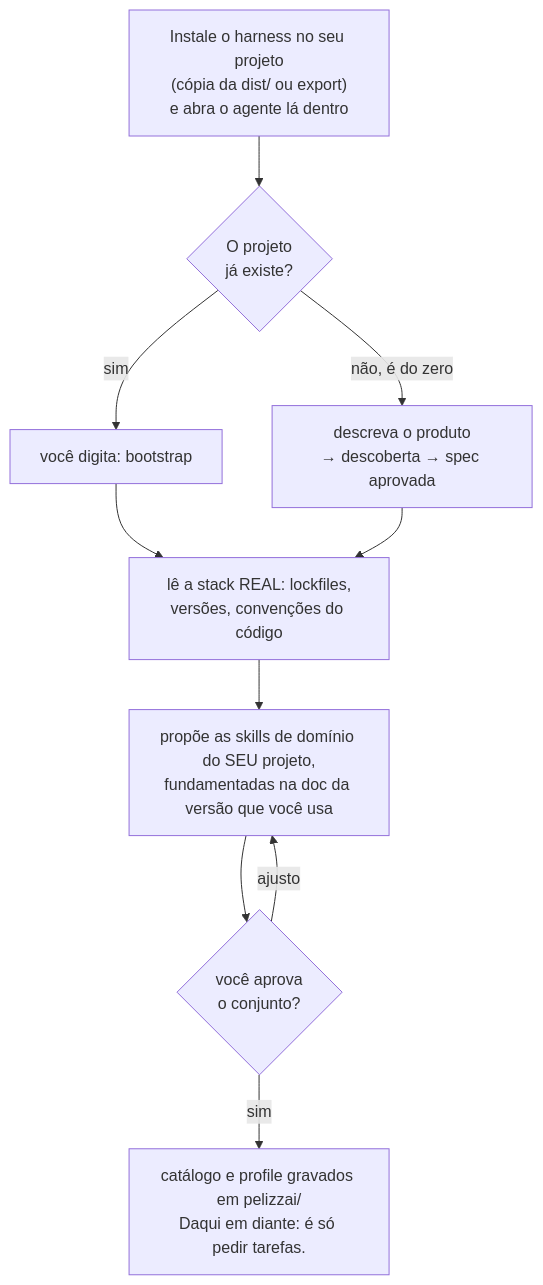
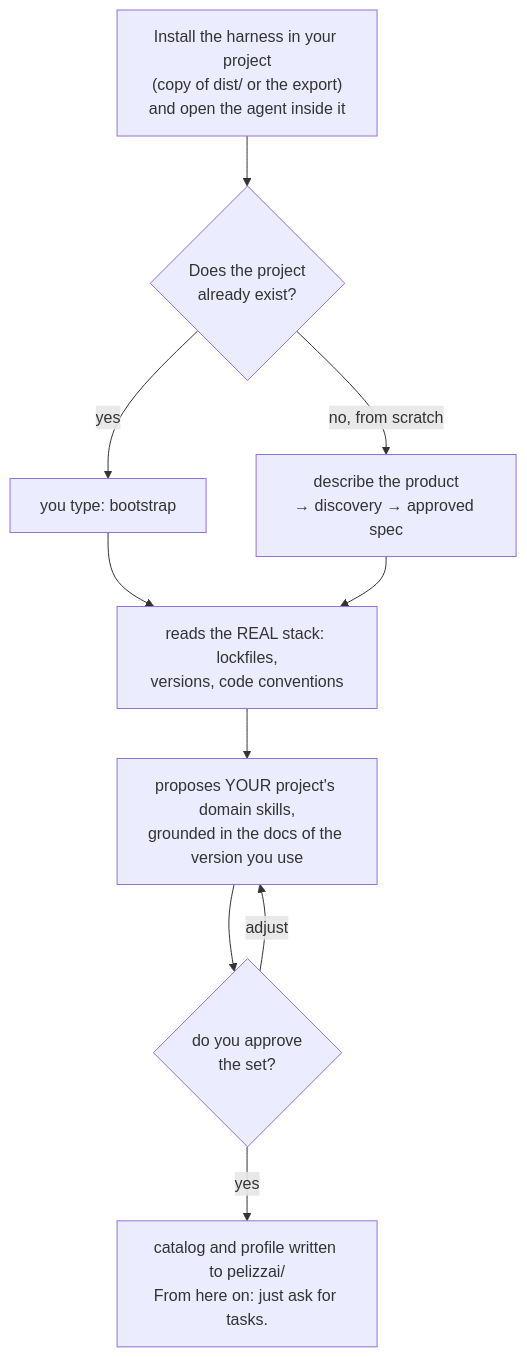
One commit to rpelizza/PelizzAI changed the first of 8 diagrams in README.md. Above: the diagram before and after it, drawn with Mermaid. The commit also changed other lines of this file and 362 other files, not shown here.

First line of the commit message:
feat(harness): translate PelizzAI to English and port noetron-design into pelizzai-frontend

````diff
--- a/README.md
+++ b/README.md
@@ -25,12 +25,12 @@
 ```mermaid
 flowchart TD
-    A["Instale o harness no seu projeto<br/>(cópia da dist/ ou export)<br/>e abra o agente lá dentro"] --> B{"O projeto<br/>já existe?"}
-    B -- "sim" --> D["você digita: bootstrap"]
-    B -- "não, é do zero" --> E["descreva o produto<br/>→ descoberta → spec aprovada"]
-    D --> F["lê a stack REAL: lockfiles,<br/>versões, convenções do código"]
+    A["Install the harness in your project<br/>(copy of dist/ or the export)<br/>and open the agent inside it"] --> B{"Does the project<br/>already exist?"}
+    B -- "yes" --> D["you type: bootstrap"]
+    B -- "no, from scratch" --> E["describe the product<br/>→ discovery → approved spec"]
+    D --> F["reads the REAL stack: lockfiles,<br/>versions, code conventions"]
     E --> F
-    F --> H["propõe as skills de domínio do SEU projeto,<br/>fundamentadas na doc da versão que você usa"]
-    H --> I{"você aprova<br/>o conjunto?"}
-    I -- "ajusto" --> H
-    I -- "sim" --> K["catálogo e profile gravados em pelizzai/<br/>Daqui em diante: é só pedir tarefas."]
+    F --> H["proposes YOUR project's domain skills,<br/>grounded in the docs of the version you use"]
+    H --> I{"do you approve<br/>the set?"}
+    I -- "adjust" --> H
+    I -- "yes" --> K["catalog and profile written to pelizzai/<br/>From here on: just ask for tasks."]
 ```
````
